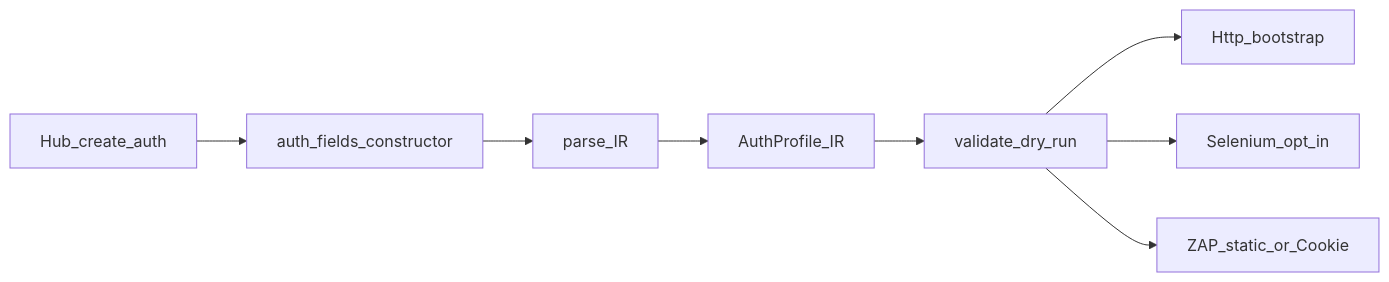
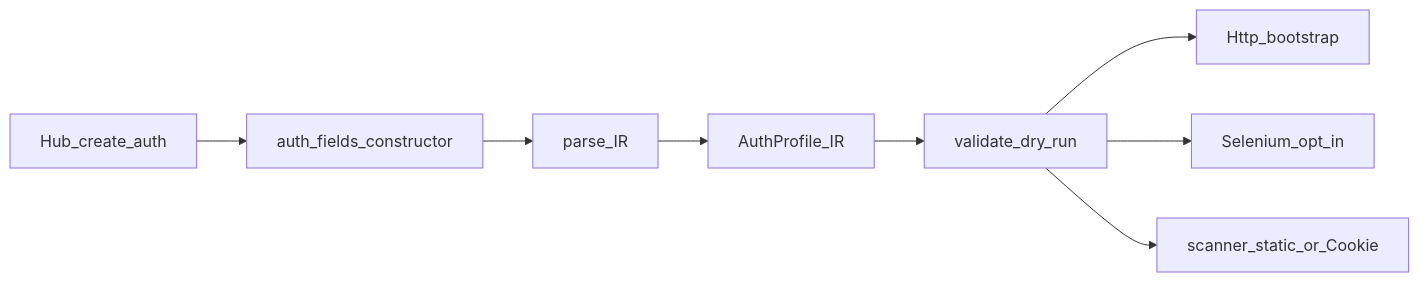
Before and after one commit to prettyk-io/prettyk-secops: the diagram in sanctuary/pure/auth-module.md, drawn with Mermaid. The commit also changed other lines of this file and 638 other files, not shown here.

````diff
--- a/sanctuary/pure/auth-module.md
+++ b/sanctuary/pure/auth-module.md
@@ -13,10 +13,10 @@
 ```mermaid
 flowchart LR
   Hub[Hub_create_auth] --> Canvas[auth_fields_constructor]
   Canvas --> Parse[parse_IR]
   Parse --> IR[AuthProfile_IR]
   IR --> Val[validate_dry_run]
   Val --> Http[Http_bootstrap]
   Val --> Browser[Selenium_opt_in]
-  Val --> Zap[ZAP_static_or_Cookie]
+  Val --> scanner[scanner_static_or_Cookie]
 ```
````
